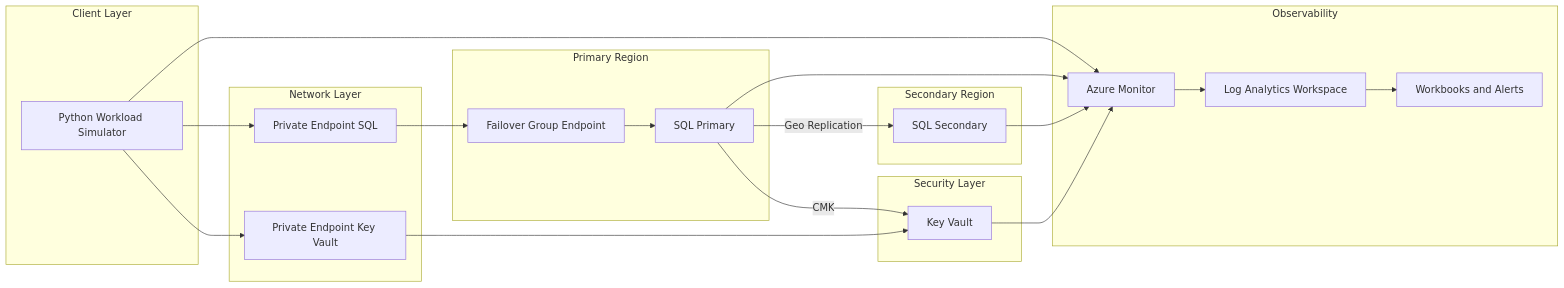
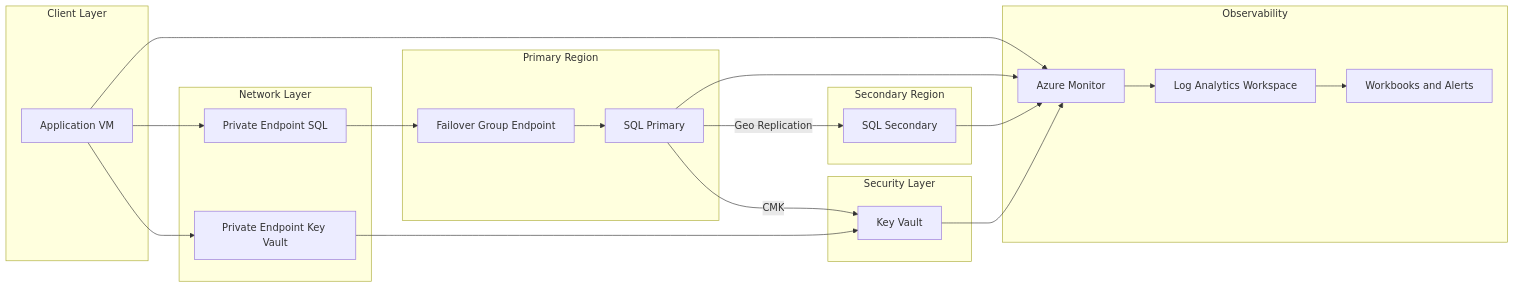
One commit to hardeymolhar/azure-sql-automated-infrastructure changed the fourth of 7 diagrams in README.md. Above: the diagram before and after it, drawn with Mermaid. The commit also changed other lines of this file and 14 other files, not shown here.

````diff
--- a/README.md
+++ b/README.md
@@ -112,50 +112,50 @@
 ``` mermaid
 flowchart LR
 
     subgraph Client Layer
-        P[Python Workload Simulator]
+        P[Application VM]
     end
 
     subgraph Network Layer
         PE_SQL[Private Endpoint SQL]
         PE_KV[Private Endpoint Key Vault]
     end
 
     subgraph Security Layer
         KV[Key Vault]
     end
 
     subgraph Primary Region
         FG[Failover Group Endpoint]
         SQLP[SQL Primary]
     end
 
     subgraph Secondary Region
         SQLS[SQL Secondary]
     end
 
     subgraph Observability
         AM[Azure Monitor]
         LA[Log Analytics Workspace]
         WB[Workbooks and Alerts]
     end
 
     P --> PE_SQL
     P --> PE_KV
 
     PE_SQL --> FG
     FG --> SQLP
     SQLP -->|Geo Replication| SQLS
 
     SQLP -->|CMK| KV
     PE_KV --> KV
 
     P --> AM
     SQLP --> AM
     SQLS --> AM
     KV --> AM
 
     AM --> LA
     LA --> WB
 
 ```
````
